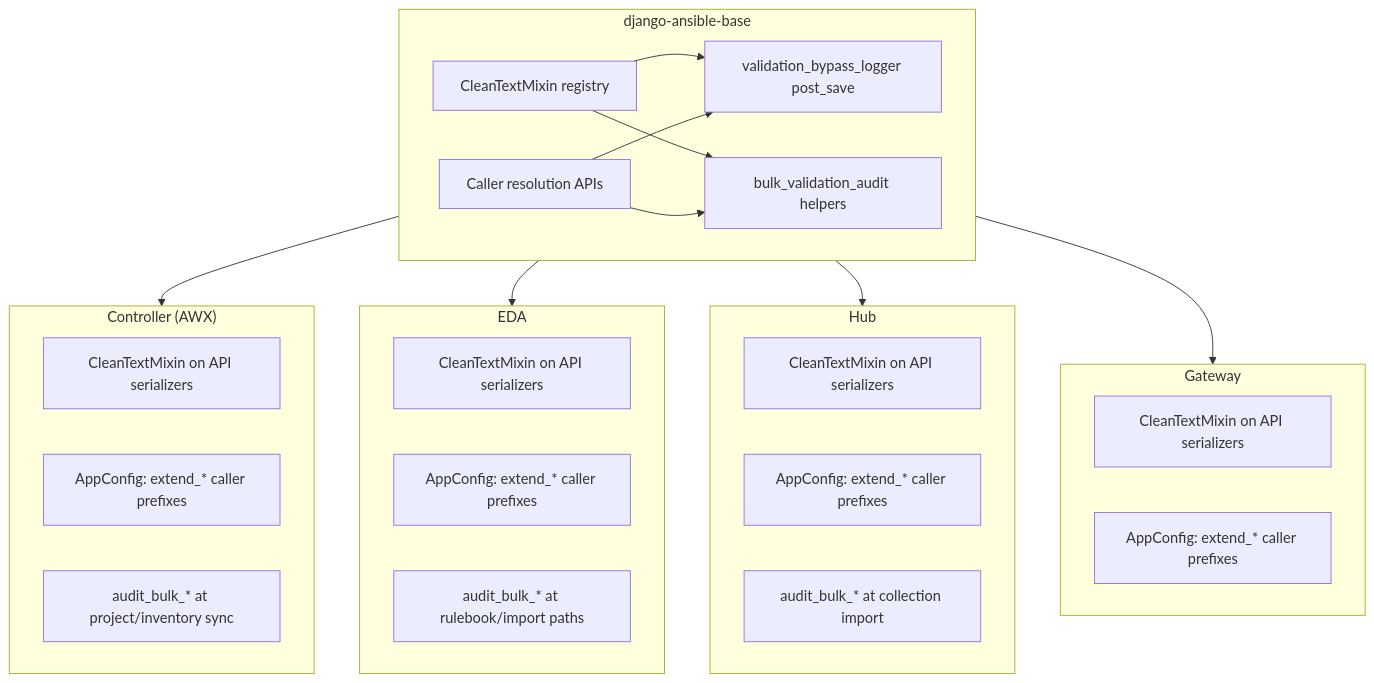
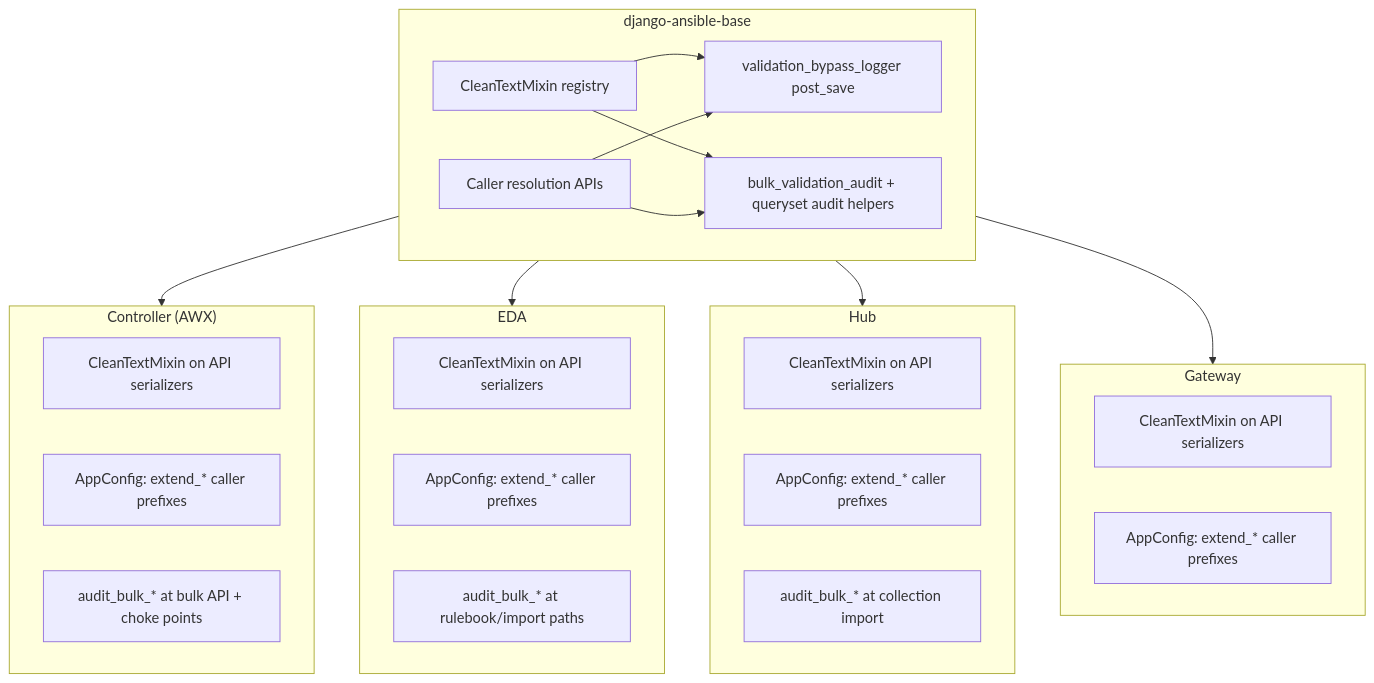
One commit to ansible/django-ansible-base changed the diagram in docs/lib/validation_bypass_observability.md. Above: the diagram before and after it, drawn with Mermaid. The commit also changed other lines of this file and 2 other files, not shown here.

First line of the commit message:
feat(validation-signals): add QuerySet.update audit helpers and expand bypass docs

````diff
--- a/docs/lib/validation_bypass_observability.md
+++ b/docs/lib/validation_bypass_observability.md
@@ -37,41 +109,41 @@
 ```mermaid
 flowchart TB
   subgraph dab ["django-ansible-base"]
     CTM["CleanTextMixin registry"]
     SIG["validation_bypass_logger post_save"]
-    BULK["bulk_validation_audit helpers"]
+    BULK["bulk_validation_audit + queryset audit helpers"]
     CALL["Caller resolution APIs"]
     CTM --> SIG
     CTM --> BULK
     CALL --> SIG
     CALL --> BULK
   end
 
   subgraph ctrl ["Controller (AWX)"]
     C1["CleanTextMixin on API serializers"]
     C2["AppConfig: extend_* caller prefixes"]
-    C3["audit_bulk_* at project/inventory sync"]
+    C3["audit_bulk_* at bulk API + choke points"]
   end
 
   subgraph eda ["EDA"]
     E1["CleanTextMixin on API serializers"]
     E2["AppConfig: extend_* caller prefixes"]
     E3["audit_bulk_* at rulebook/import paths"]
   end
 
   subgraph hub ["Hub"]
     H1["CleanTextMixin on API serializers"]
     H2["AppConfig: extend_* caller prefixes"]
     H3["audit_bulk_* at collection import"]
   end
 
   subgraph gw ["Gateway"]
     G1["CleanTextMixin on API serializers"]
     G2["AppConfig: extend_* caller prefixes"]
   end
 
   dab --> ctrl
   dab --> eda
   dab --> hub
   dab --> gw
 ```
````
